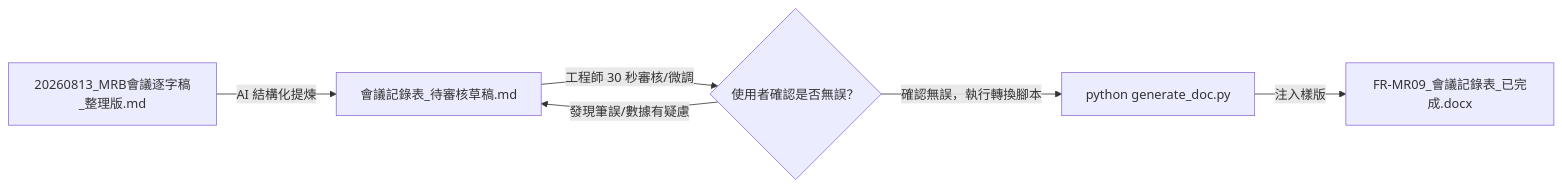
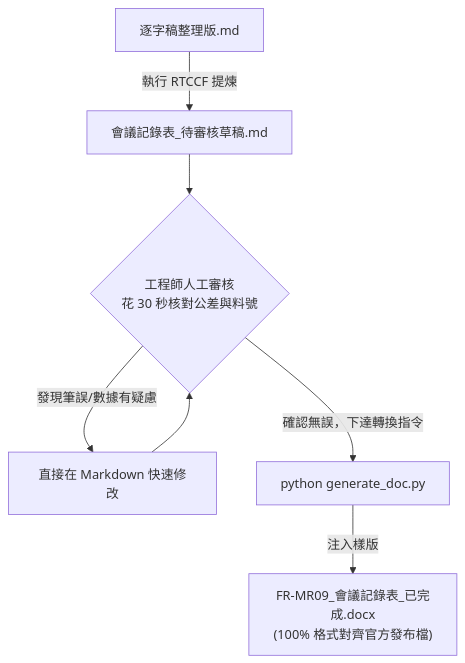
The diagram in 常見的AI應用/實戰範例/SQE品保會議與表單自動化/README.md (roberthsu2003/workflow-productivity), drawn with Mermaid before and after one commit. The commit also changed other lines of this file, not shown here.

````diff
--- a/常見的AI應用/實戰範例/SQE品保會議與表單自動化/README.md
+++ b/常見的AI應用/實戰範例/SQE品保會議與表單自動化/README.md
@@ -95,8 +149,9 @@
 ```mermaid
-flowchart LR
-    A["20260813_MRB會議逐字稿_整理版.md"] -->|AI 結構化提煉| B["會議記錄表_待審核草稿.md"]
-    B -->|工程師 30 秒審核/微調| C{"使用者確認是否無誤？"}
-    C -->|發現筆誤/數據有疑慮| B
-    C -->|確認無誤，執行轉換腳本| D["python generate_doc.py"]
-    D -->|注入樣版| E["FR-MR09_會議記錄表_已完成.docx"]
+flowchart TD
+    Raw["逐字稿整理版.md"] -->|執行 RTCCF 提煉| Draft["會議記錄表_待審核草稿.md"]
+    Draft --> Check{"工程師人工審核<br/>花 30 秒核對公差與料號"}
+    Check -->|發現筆誤/數據有疑慮| Edit["直接在 Markdown 快速修改"]
+    Edit --> Check
+    Check -->|確認無誤，下達轉換指令| RunCmd["python generate_doc.py"]
+    RunCmd -->|注入樣版| FinalDocx["FR-MR09_會議記錄表_已完成.docx<br/>(100% 格式對齊官方發布檔)"]
 ```
````
